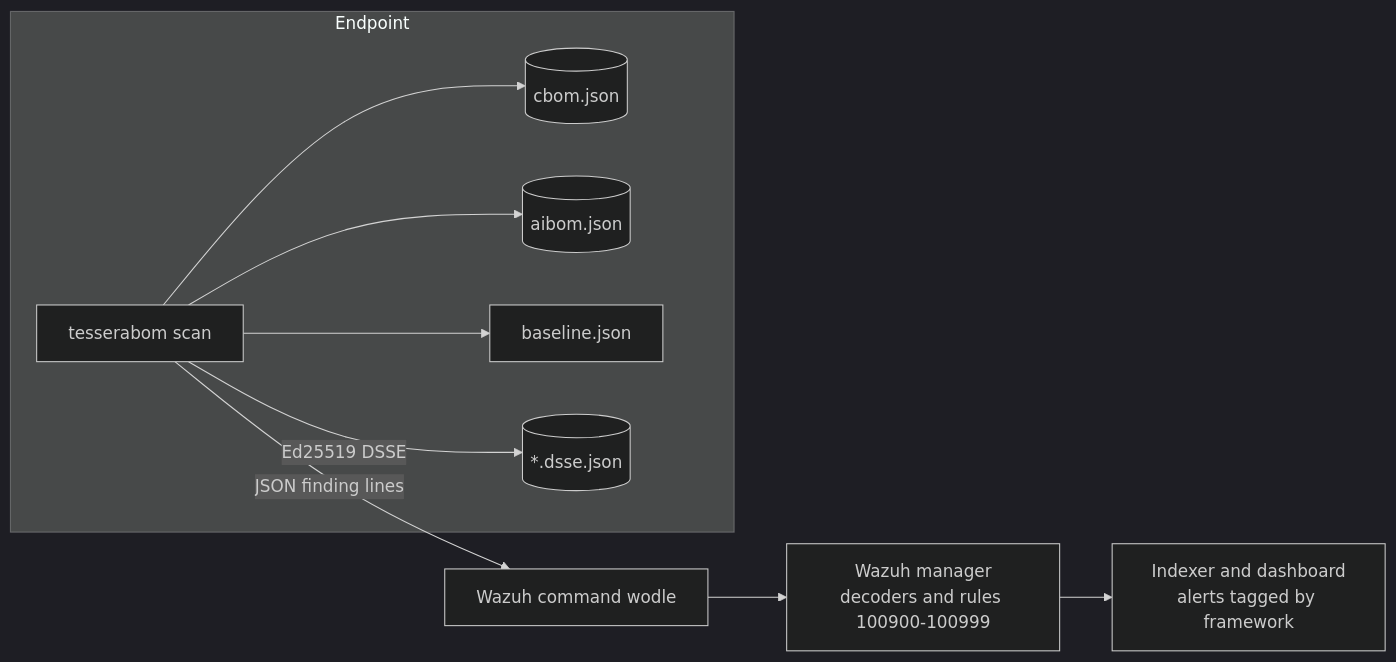
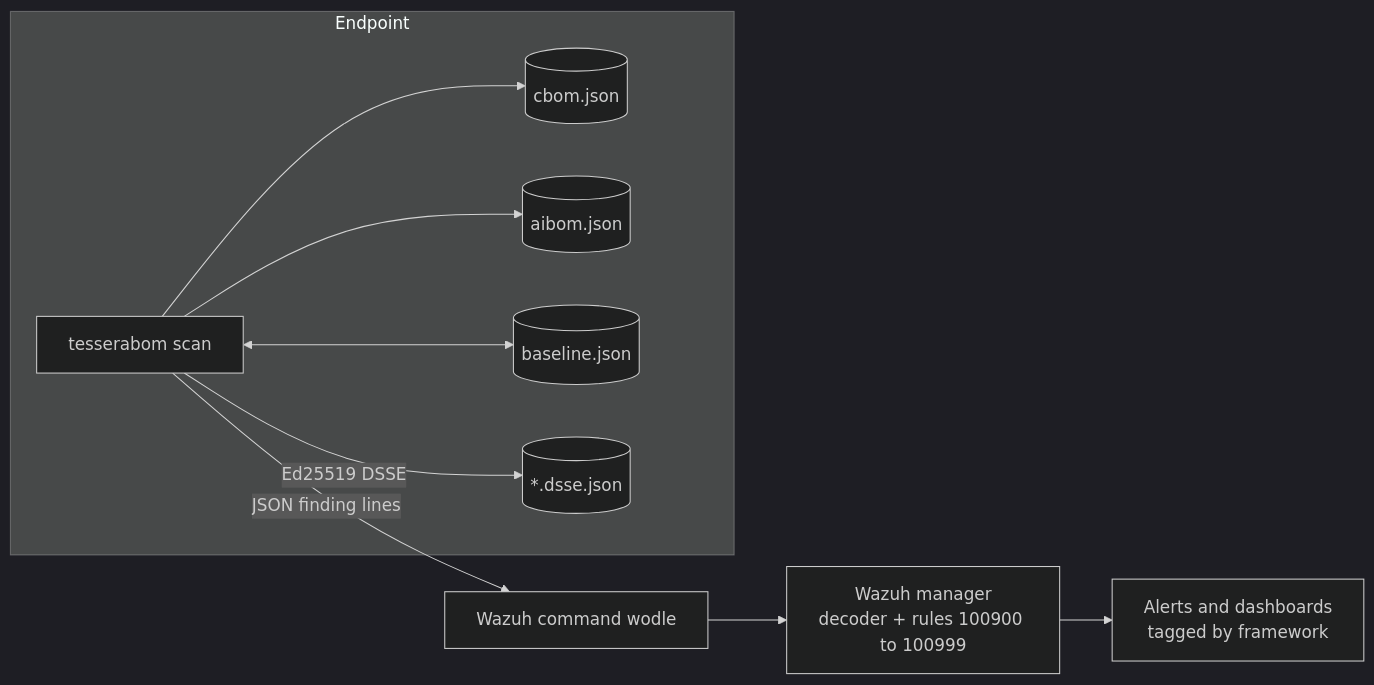
Before and after one commit to sunilgentyala/tesserabom: the diagram in README.md, drawn with Mermaid (dark theme). The commit also changed other lines of this file and 19 other files, not shown here.

````diff
--- a/README.md
+++ b/README.md
@@ -34,12 +47,12 @@
 ```mermaid
 flowchart LR
   subgraph Endpoint
-    A[tesserabom scan] --> B[(cbom.json)]
-    A --> C[(aibom.json)]
-    A --> D[baseline.json]
-    A -->|Ed25519 DSSE| E[(*.dsse.json)]
+    S[tesserabom scan] --> CB[(cbom.json)]
+    S --> AB[(aibom.json)]
+    S <--> BL[(baseline.json)]
+    S -->|Ed25519 DSSE| EN[(*.dsse.json)]
   end
-  A -->|JSON finding lines| W[Wazuh command wodle]
-  W --> M[Wazuh manager<br/>decoders and rules 100900-100999]
-  M --> I[Indexer and dashboard<br/>alerts tagged by framework]
+  S -->|JSON finding lines| W[Wazuh command wodle]
+  W --> M[Wazuh manager<br/>decoder + rules 100900 to 100999]
+  M --> D[Alerts and dashboards<br/>tagged by framework]
 ```
````
